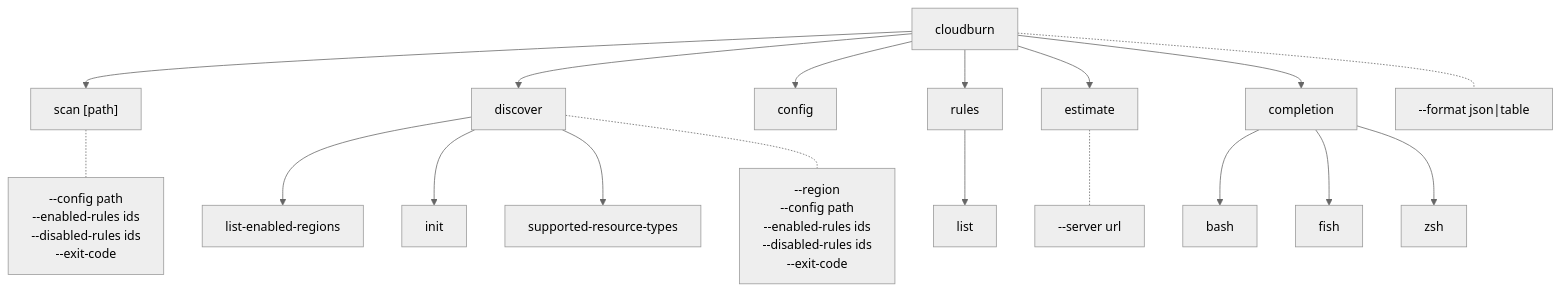
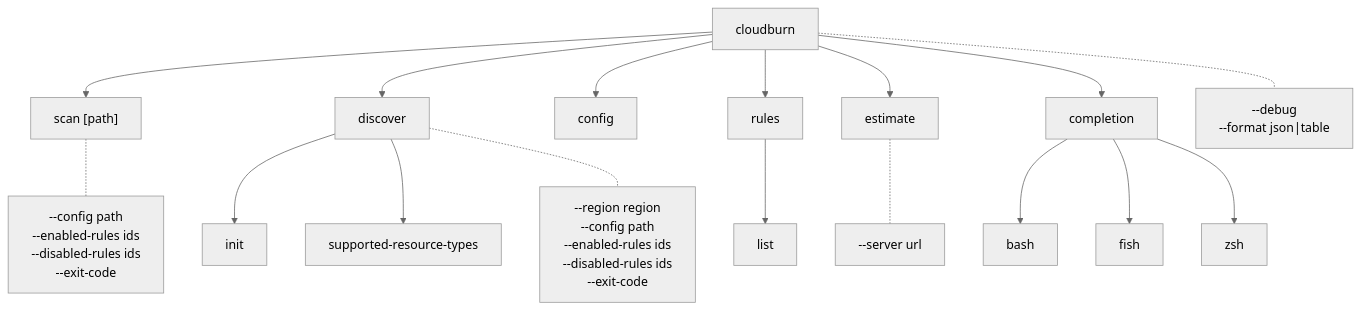
The first of 2 diagrams in docs/architecture/cli.md (towardsthecloud/cloudburn), drawn with Mermaid (neutral theme) before and after one commit. The commit also changed other lines of this file and 55 other files, not shown here.

````diff
--- a/docs/architecture/cli.md
+++ b/docs/architecture/cli.md
@@ -5,21 +5,20 @@
 ```mermaid
 graph TD
   Root["cloudburn"] --> Scan["scan [path]"]
   Root --> Discover["discover"]
   Root --> Config["config"]
   Root --> Rules["rules"]
   Root --> Estimate["estimate"]
   Root --> Completion["completion"]
   Rules --> RulesList["list"]
-  Discover --> DiscoverRegions["list-enabled-regions"]
   Discover --> DiscoverInit["init"]
   Discover --> DiscoverTypes["supported-resource-types"]
   Completion --> CompletionBash["bash"]
   Completion --> CompletionFish["fish"]
   Completion --> CompletionZsh["zsh"]
 
-  Root -.- RootFlags["--format json|table"]
+  Root -.- RootFlags["--debug\n--format json|table"]
   Scan -.- ScanFlags["--config path\n--enabled-rules ids\n--disabled-rules ids\n--exit-code"]
-  Discover -.- DiscoverFlags["--region <region|all>\n--config path\n--enabled-rules ids\n--disabled-rules ids\n--exit-code"]
+  Discover -.- DiscoverFlags["--region region\n--config path\n--enabled-rules ids\n--disabled-rules ids\n--exit-code"]
   Estimate -.- EstimateFlags["--server url"]
 ```
````
